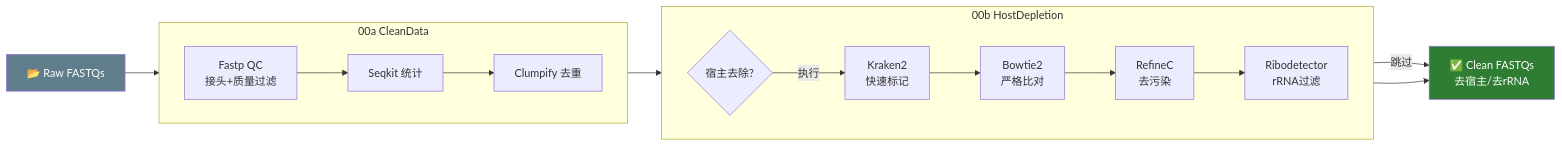
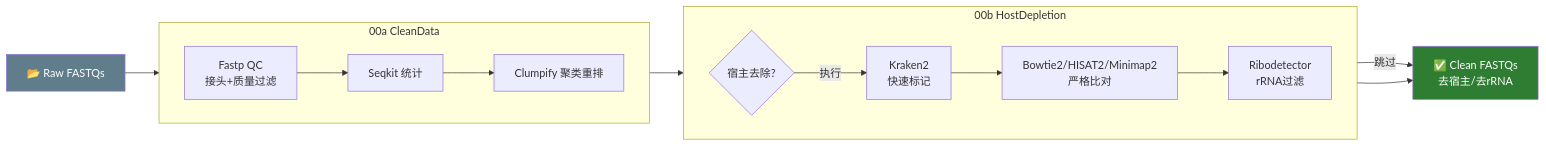
One commit to zhangwenda0518/MMPV-RNA changed the second of 6 diagrams in doc/MMPV-RNA_pipelines_flow.md. Above: the diagram before and after it, drawn with Mermaid. The commit also changed other lines of this file and 1041 other files, not shown here.

````diff
--- a/doc/MMPV-RNA_pipelines_flow.md
+++ b/doc/MMPV-RNA_pipelines_flow.md
@@ -35,22 +45,22 @@
 ```mermaid
 flowchart LR
     A["📂 Raw FASTQs"] --> B
 
     subgraph S1["00a CleanData"]
         direction LR
-        B["Fastp QC<br/>接头+质量过滤"] --> C["Seqkit 统计"] --> D["Clumpify 去重"]
+        B["Fastp QC<br/>接头+质量过滤"] --> C["Seqkit 统计"] --> D["Clumpify 聚类重排"]
     end
 
     D --> E{"宿主去除?"}
 
     subgraph S2["00b HostDepletion"]
         direction LR
-        E -->|执行| F["Kraken2<br/>快速标记"] --> G["Bowtie2<br/>严格比对"] --> H["RefineC<br/>去污染"] --> I["Ribodetector<br/>rRNA过滤"]
+        E -->|执行| F["Kraken2<br/>快速标记"] --> G["Bowtie2/HISAT2/Minimap2<br/>严格比对"] --> I["Ribodetector<br/>rRNA过滤"]
     end
 
     E -->|跳过| J
     I --> J["✅ Clean FASTQs<br/>去宿主/去rRNA"]
 
     style A fill:#607d8b,color:#fff
     style J fill:#2e7d32,color:#fff
 ```
````
